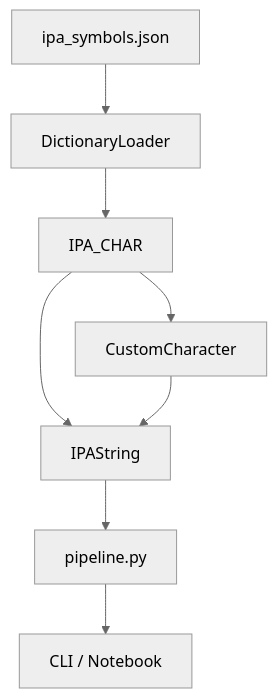
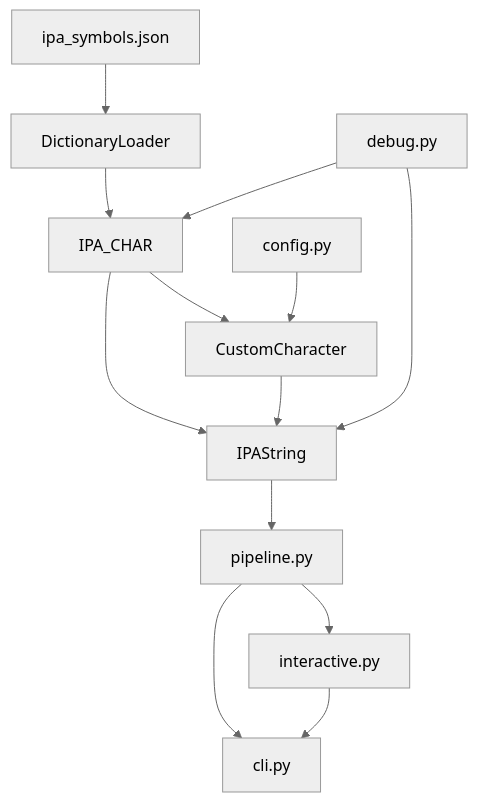
The first of 2 diagrams in README.md (YLashchev/IPA_parser), drawn with Mermaid (neutral theme) before and after one commit. The commit also changed other lines of this file and 1 other file, not shown here.

First line of the commit message:
docs(readme): full rewrite with accurate CLI docs, complete API reference, and updated architecture

````diff
--- a/README.md
+++ b/README.md
@@ -97,10 +163,15 @@
 ```mermaid
 graph TD
     A[ipa_symbols.json] --> B[DictionaryLoader]
     B --> C[IPA_CHAR]
     C --> D[CustomCharacter]
     C --> E[IPAString]
     D --> E
-    E --> F[pipeline.py]
-    F --> G[CLI / Notebook]
+    F[config.py] --> D
+    E --> G[pipeline.py]
+    H[debug.py] --> C
+    H --> E
+    G --> I[interactive.py]
+    G --> J[cli.py]
+    I --> J
 ```
````
